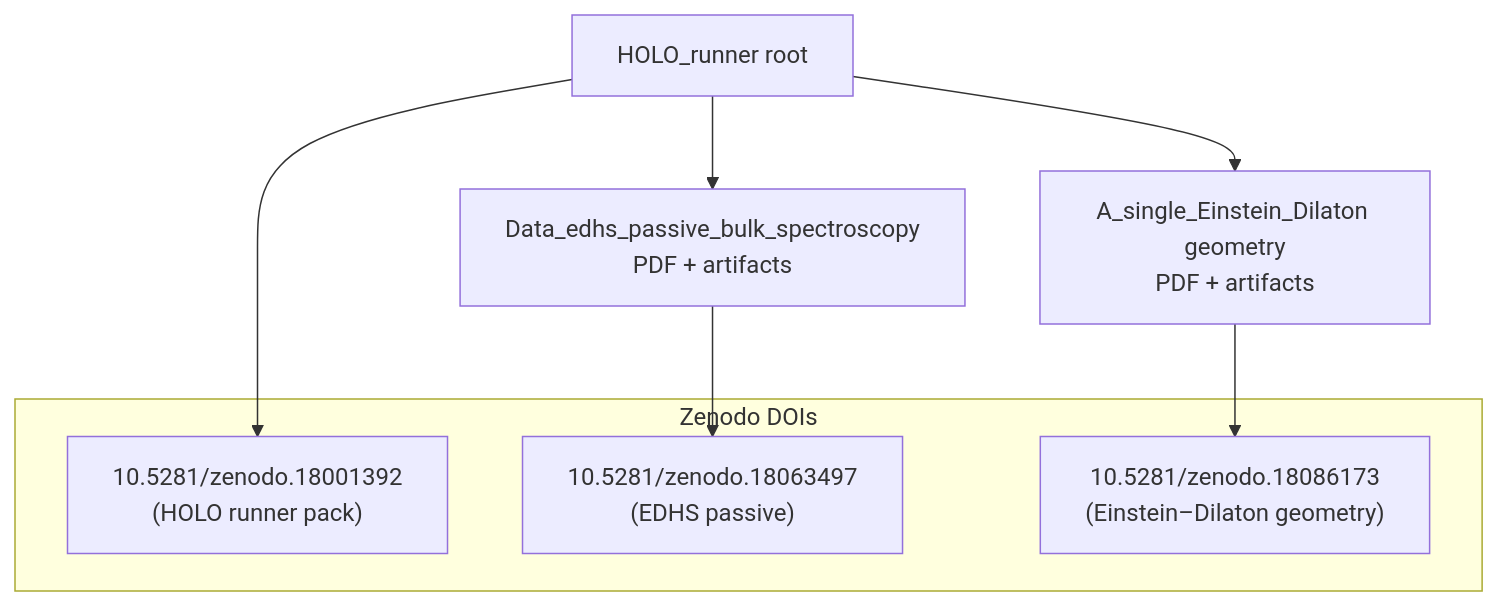
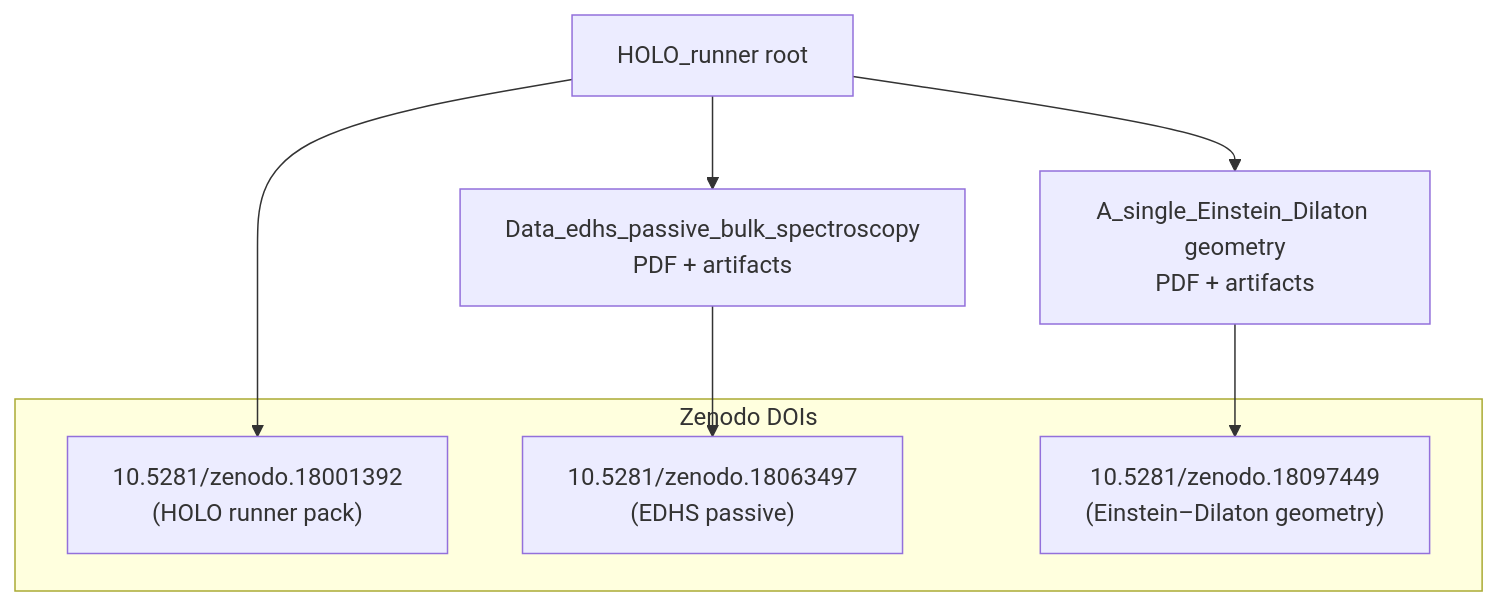
One commit to RAPIDENN/HOLO_runner changed the diagram in README.md. Above: the diagram before and after it, drawn with Mermaid. The commit also changed other lines of this file and 2 other files, not shown here.

Commit message:
Update Einstein–Dilaton Zenodo DOI to v2; drop MANIFEST

````diff
--- a/README.md
+++ b/README.md
@@ -40,20 +40,20 @@
 ```mermaid
 flowchart TD
     A["HOLO_runner root"] --> B["Data_edhs_passive_bulk_spectroscopy<br/>PDF + artifacts"]
     A --> D["A_single_Einstein_Dilaton geometry<br/>PDF + artifacts"]
 
     subgraph Zenodo DOIs
         Z1["10.5281/zenodo.18001392<br/>(HOLO runner pack)"]
         Z2["10.5281/zenodo.18063497<br/>(EDHS passive)"]
-        Z3["10.5281/zenodo.18086173<br/>(Einstein–Dilaton geometry)"]
+        Z3["10.5281/zenodo.18097449<br/>(Einstein–Dilaton geometry)"]
     end
     A --> Z1
     B --> Z2
     D --> Z3
 
     click B "https://github.com/RAPIDENN/HOLO_runner/tree/master/Data_edhs_passive_bulk_spectroscopy" "Open on GitHub"
     click D "https://github.com/RAPIDENN/HOLO_runner/tree/master/A_single_Einstein_Dilaton%20geometry" "Open on GitHub"
     click Z1 "https://doi.org/10.5281/zenodo.18001392" "Open Zenodo"
     click Z2 "https://doi.org/10.5281/zenodo.18063497" "Open Zenodo"
-    click Z3 "https://doi.org/10.5281/zenodo.18086173" "Open Zenodo"
+    click Z3 "https://doi.org/10.5281/zenodo.18097449" "Open Zenodo"
 ```
````
